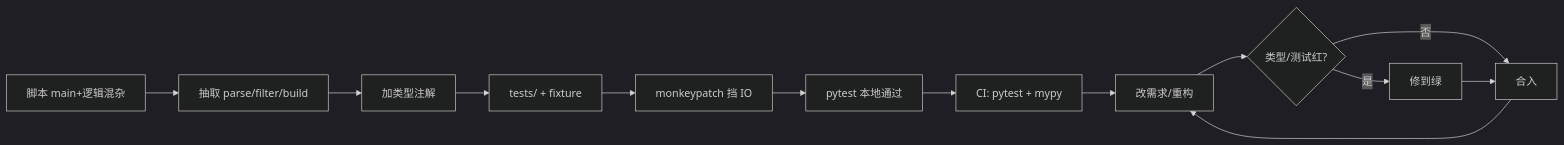
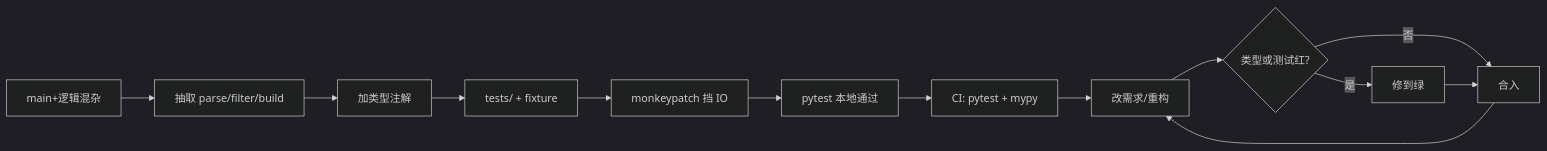
One commit to ml-cuizijun/LearnToLilith changed the first of 3 diagrams in 05-开发能力/02-Python/14-测试与类型标注/知识点.md. Above: the diagram before and after it, drawn with Mermaid (dark theme). The commit also changed other lines of this file and 178 other files, not shown here.

````diff
--- a/05-开发能力/02-Python/14-测试与类型标注/知识点.md
+++ b/05-开发能力/02-Python/14-测试与类型标注/知识点.md
@@ -75,15 +84,15 @@
 ```mermaid
 flowchart LR
-    A[脚本 main+逻辑混杂] --> B[抽取 parse/filter/build]
+    A[main+逻辑混杂] --> B[抽取 parse/filter/build]
     B --> C[加类型注解]
     C --> D[tests/ + fixture]
     D --> E[monkeypatch 挡 IO]
     E --> F[pytest 本地通过]
     F --> G[CI: pytest + mypy]
     G --> H[改需求/重构]
-    H --> I{类型/测试红?}
+    H --> I{类型或测试红?}
     I -->|是| J[修到绿]
     I -->|否| K[合入]
     J --> K
     K --> H
 ```
````
